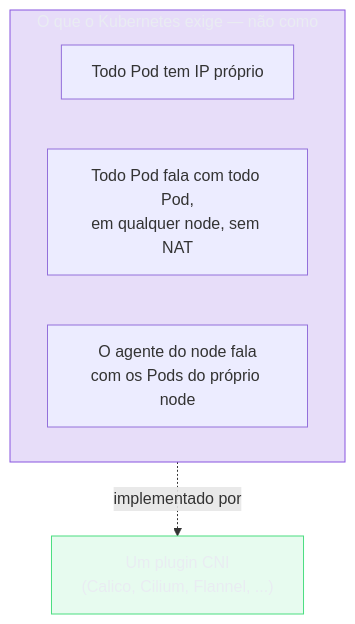
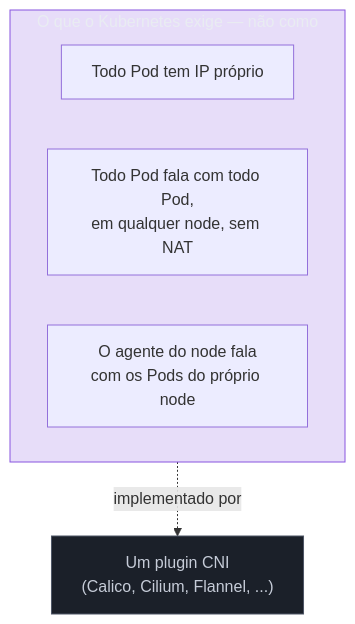
Before and after one commit to josenaldo/codex-technomanticus: the first of 5 diagrams in 03-Dominios/Tecnologia/Infraestrutura/Kubernetes/20 - Rede do cluster por dentro.md, drawn with Mermaid. The commit also changed other lines of this file and 601 other files, not shown here.

````diff
--- a/03-Dominios/Tecnologia/Infraestrutura/Kubernetes/20 - Rede do cluster por dentro.md
+++ b/03-Dominios/Tecnologia/Infraestrutura/Kubernetes/20 - Rede do cluster por dentro.md
@@ -35,14 +35,14 @@
 ```mermaid
 graph TB
+    classDef neutro fill:#1B2029,stroke:#4E5666,color:#C6CCD8
     classDef marca fill:#8855DF33,stroke:#8855DF,color:#E9ECF2
-    classDef ok fill:#4ADE8021,stroke:#4ADE80,color:#E9ECF2
     subgraph Requisito["O que o Kubernetes exige — não como"]
         R1["Todo Pod tem IP próprio"]
         R2["Todo Pod fala com todo Pod,<br/>em qualquer node, sem NAT"]
         R3["O agente do node fala<br/>com os Pods do próprio node"]
     end
     Requisito -.->|"implementado por"| CNI["Um plugin CNI<br/>(Calico, Cilium, Flannel, ...)"]
 
     class Requisito marca
-    class CNI ok
+    class CNI neutro
 ```
````
